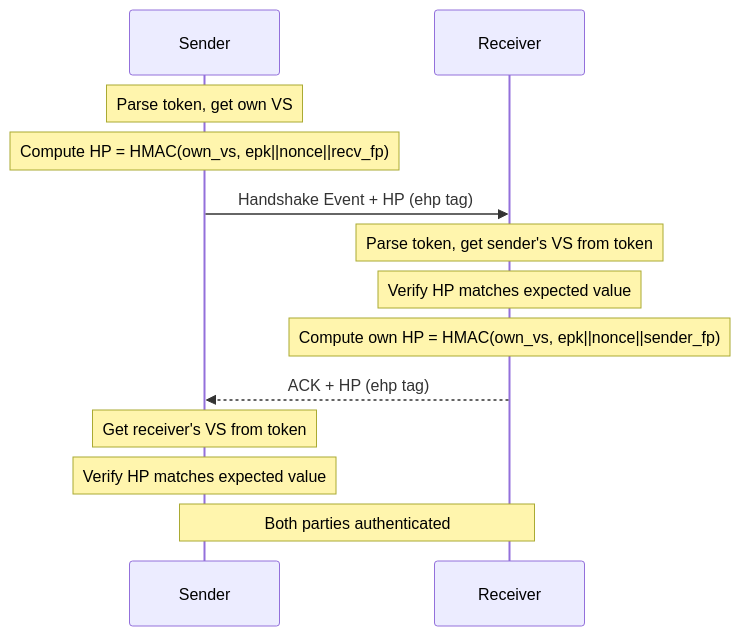
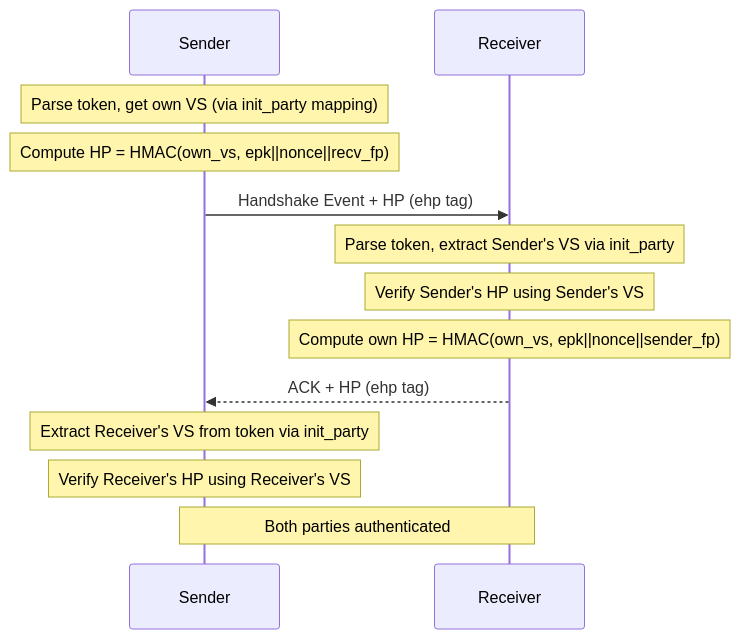
The fifth of 10 diagrams in docs/ARCHITECTURE.md (andrewtheguy/secure-send-web), drawn with Mermaid before and after one commit. The commit also changed other lines of this file, not shown here.

Commit message:
feat: clarify fingerprint verification requirements and enhance security model in architecture documentation

````diff
--- a/docs/ARCHITECTURE.md
+++ b/docs/ARCHITECTURE.md
@@ -339,15 +340,15 @@
 ```mermaid
 sequenceDiagram
     participant Sender
     participant Receiver
-    Note over Sender: Parse token, get own VS
+    Note over Sender: Parse token, get own VS (via init_party mapping)
     Note over Sender: Compute HP = HMAC(own_vs, epk||nonce||recv_fp)
     Sender->>Receiver: Handshake Event + HP (ehp tag)
-    Note over Receiver: Parse token, get sender's VS from token
-    Note over Receiver: Verify HP matches expected value
+    Note over Receiver: Parse token, extract Sender's VS via init_party
+    Note over Receiver: Verify Sender's HP using Sender's VS
     Note over Receiver: Compute own HP = HMAC(own_vs, epk||nonce||sender_fp)
     Receiver-->>Sender: ACK + HP (ehp tag)
-    Note over Sender: Get receiver's VS from token
-    Note over Sender: Verify HP matches expected value
+    Note over Sender: Extract Receiver's VS from token via init_party
+    Note over Sender: Verify Receiver's HP using Receiver's VS
     Note over Sender,Receiver: Both parties authenticated
 ```
````
